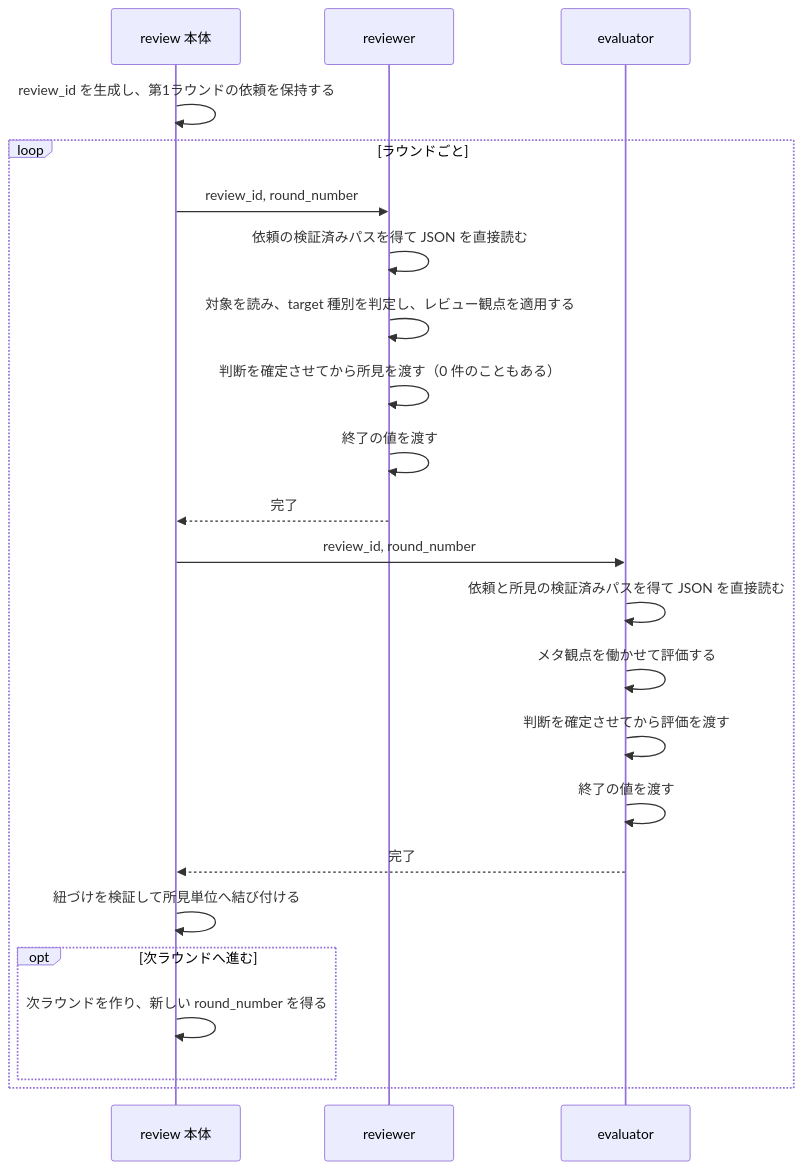
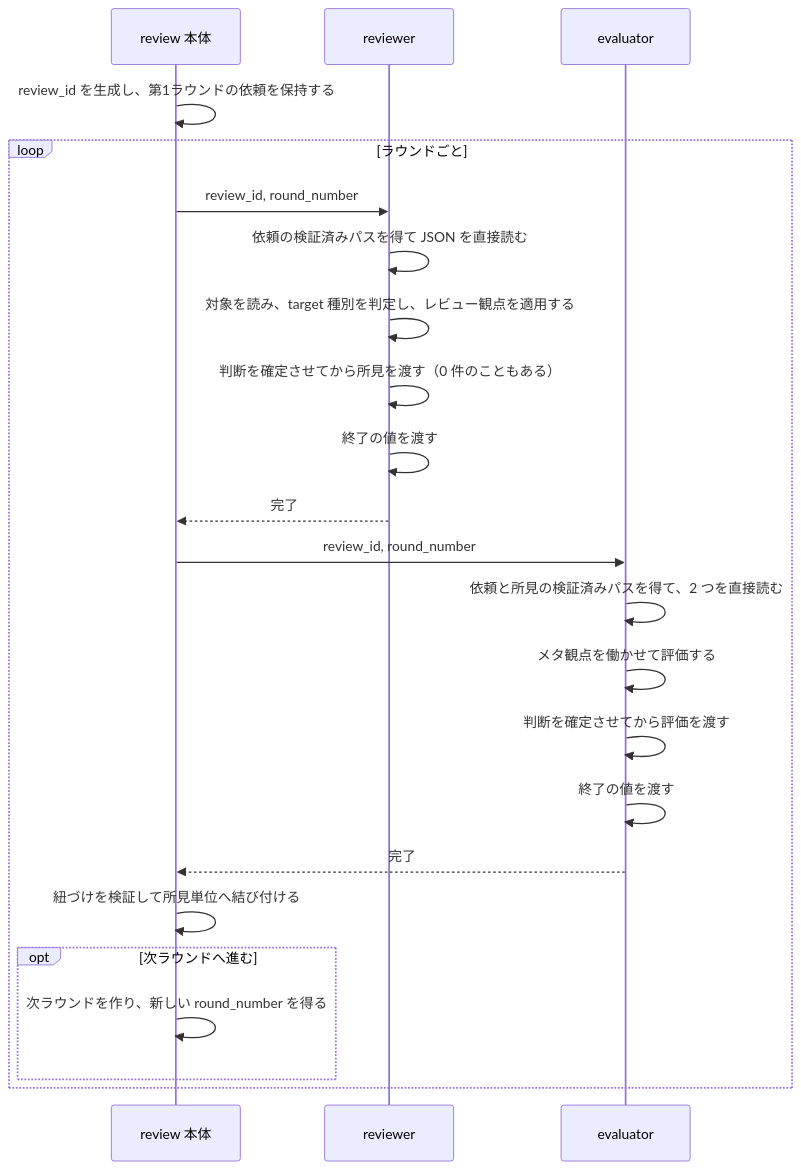
The first of 2 diagrams in docs/specs/reviewer/design/DES-084_reviewer_design.md (BlueEventHorizon/bw-cc-plugins), drawn with Mermaid before and after one commit. The commit also changed other lines of this file and 3 other files, not shown here.

````diff
--- a/docs/specs/reviewer/design/DES-084_reviewer_design.md
+++ b/docs/specs/reviewer/design/DES-084_reviewer_design.md
@@ -28,26 +28,26 @@
 ```mermaid
 sequenceDiagram
     participant Body as review 本体
     participant R as reviewer
     participant E as evaluator
 
     Body->>Body: review_id を生成し、第1ラウンドの依頼を保持する
     loop ラウンドごと
         Body->>R: review_id, round_number
         R->>R: 依頼の検証済みパスを得て JSON を直接読む
         R->>R: 対象を読み、target 種別を判定し、レビュー観点を適用する
         R->>R: 判断を確定させてから所見を渡す（0 件のこともある）
         R->>R: 終了の値を渡す
         R-->>Body: 完了
         Body->>E: review_id, round_number
-        E->>E: 依頼と所見の検証済みパスを得て JSON を直接読む
+        E->>E: 依頼と所見の検証済みパスを得て、2 つを直接読む
         E->>E: メタ観点を働かせて評価する
         E->>E: 判断を確定させてから評価を渡す
         E->>E: 終了の値を渡す
         E-->>Body: 完了
         Body->>Body: 紐づけを検証して所見単位へ結び付ける
         opt 次ラウンドへ進む
             Body->>Body: 次ラウンドを作り、新しい round_number を得る
         end
     end
 ```
````
